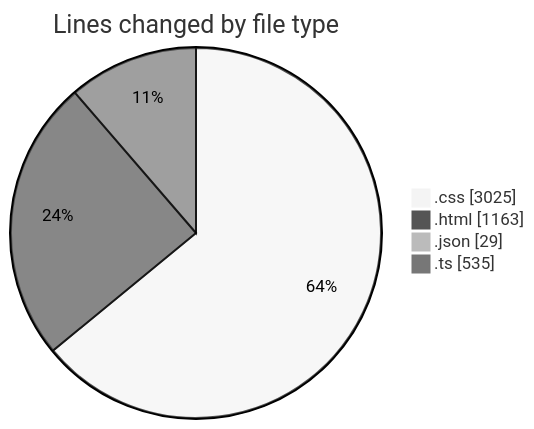
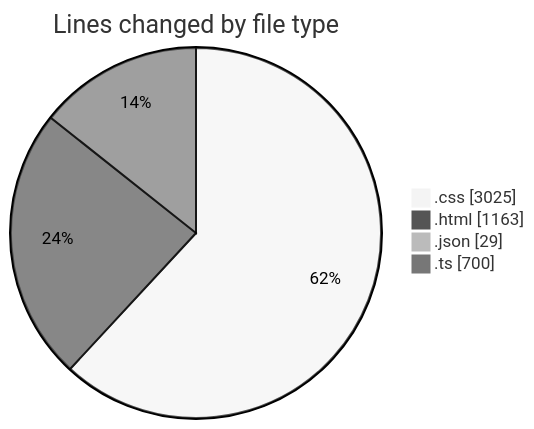
One commit to igalym/code-tracking changed the first of 2 diagrams in 2025-12-30/budget_front_nest/README.md. Above: the diagram before and after it, drawn with Mermaid (neutral theme). The commit also changed other lines of this file and 1 other file, not shown here.

````diff
--- a/2025-12-30/budget_front_nest/README.md
+++ b/2025-12-30/budget_front_nest/README.md
@@ -32,8 +33,8 @@
 ```mermaid
 pie showData
 title Lines changed by file type
 ".css" : 3025
 ".html" : 1163
 ".json" : 29
-".ts" : 535
+".ts" : 700
 ```
````
